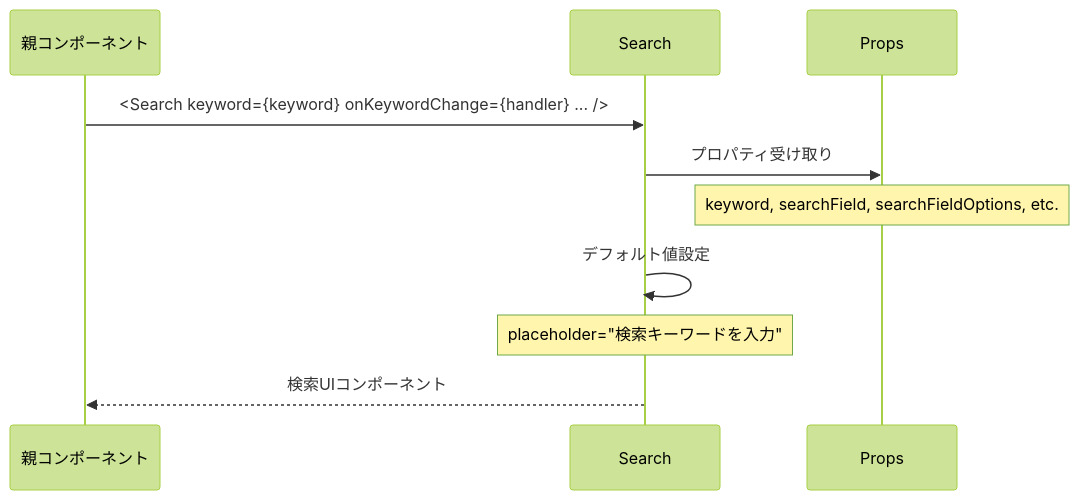
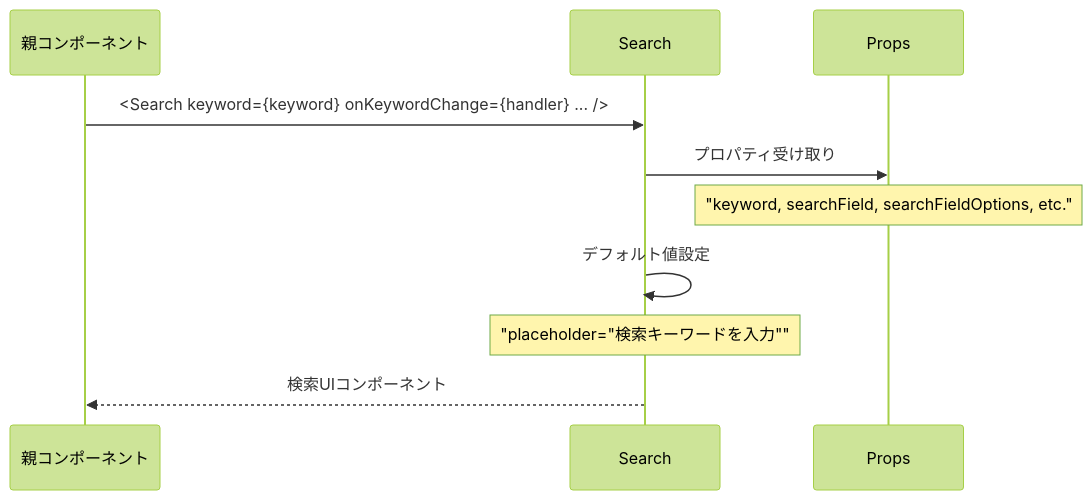
Before and after one commit to wasabi49/ocs-systemDevelopmentExercises: the first of 10 diagrams in document/components/sequence/Search.md, drawn with Mermaid (forest theme). The commit also changed other lines of this file and 42 other files, not shown here.

First line of the commit message:
fix: mermaidシーケンス図のNote over文でダブルクォーテーション不足を修正

````diff
--- a/document/components/sequence/Search.md
+++ b/document/components/sequence/Search.md
@@ -8,13 +8,13 @@
 ```mermaid
 sequenceDiagram
     participant Parent as 親コンポーネント
     participant Search as Search
     participant Props as Props
 
     Parent->>Search: <Search keyword={keyword} onKeywordChange={handler} ... />
     Search->>Props: プロパティ受け取り
-    Note over Props: keyword, searchField, searchFieldOptions, etc.
+    Note over Props: "keyword, searchField, searchFieldOptions, etc."
     Search->>Search: デフォルト値設定
-    Note over Search: placeholder="検索キーワードを入力"
+    Note over Search: "placeholder="検索キーワードを入力""
     Search-->>Parent: 検索UIコンポーネント
 ```
````
